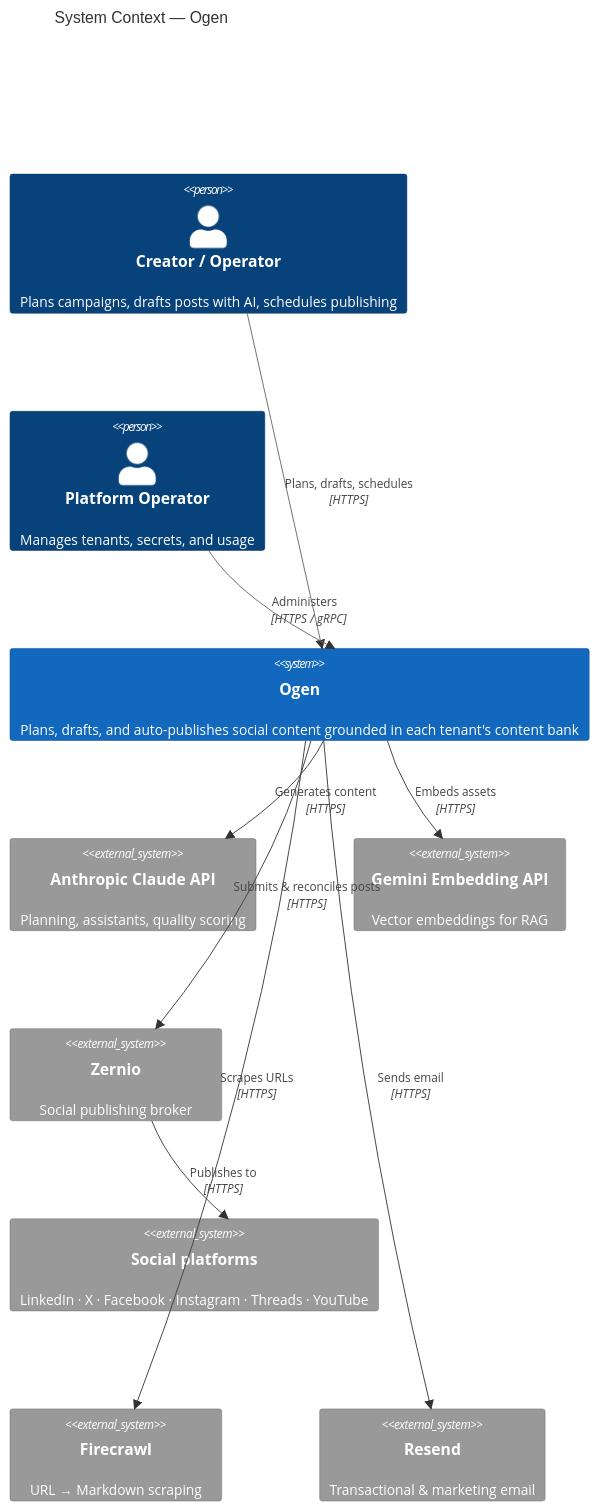
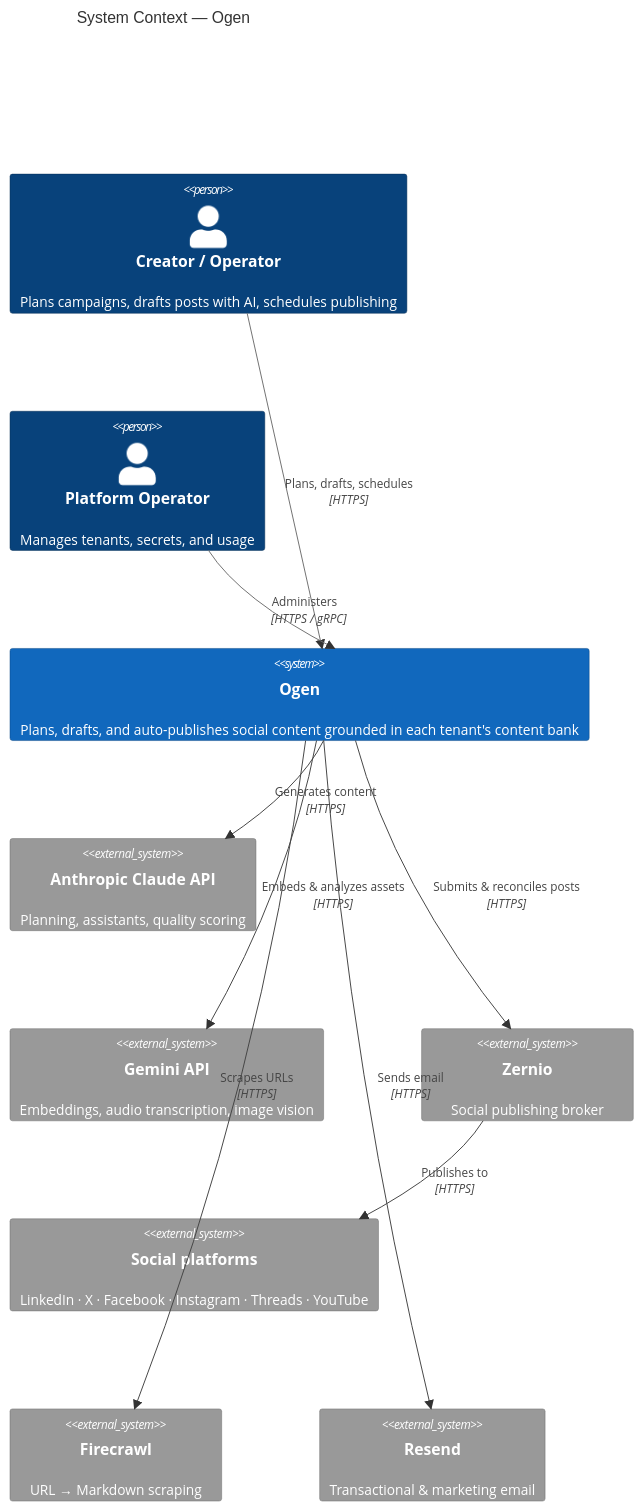
One commit to ogen-app/ogen changed the first of 2 diagrams in README.md. Above: the diagram before and after it, drawn with Mermaid. The commit also changed other lines of this file and 2 other files, not shown here.

First line of the commit message:
Refresh README/compose docs for image-service and operator gRPC surface

````diff
--- a/README.md
+++ b/README.md
@@ -50,39 +50,39 @@
 ```mermaid
 C4Context
     title System Context — Ogen
 
     Person(creator, "Creator / Operator", "Plans campaigns, drafts posts with AI, schedules publishing")
     Person(admin, "Platform Operator", "Manages tenants, secrets, and usage")
 
     System(ogen, "Ogen", "Plans, drafts, and auto-publishes social content grounded in each tenant's content bank")
 
     System_Ext(anthropic, "Anthropic Claude API", "Planning, assistants, quality scoring")
-    System_Ext(gemini, "Gemini Embedding API", "Vector embeddings for RAG")
+    System_Ext(gemini, "Gemini API", "Embeddings, audio transcription, image vision")
     System_Ext(zernio, "Zernio", "Social publishing broker")
     System_Ext(social, "Social platforms", "LinkedIn · X · Facebook · Instagram · Threads · YouTube")
     System_Ext(firecrawl, "Firecrawl", "URL → Markdown scraping")
     System_Ext(resend, "Resend", "Transactional & marketing email")
 
     Rel(creator, ogen, "Plans, drafts, schedules", "HTTPS")
     Rel(admin, ogen, "Administers", "HTTPS / gRPC")
     Rel(ogen, anthropic, "Generates content", "HTTPS")
-    Rel(ogen, gemini, "Embeds assets", "HTTPS")
+    Rel(ogen, gemini, "Embeds & analyzes assets", "HTTPS")
     Rel(ogen, zernio, "Submits & reconciles posts", "HTTPS")
     Rel(zernio, social, "Publishes to", "HTTPS")
     Rel(ogen, firecrawl, "Scrapes URLs", "HTTPS")
     Rel(ogen, resend, "Sends email", "HTTPS")
 
     UpdateElementStyle(creator, $bgColor="#08427b", $fontColor="#ffffff", $borderColor="#052e56")
     UpdateElementStyle(admin, $bgColor="#08427b", $fontColor="#ffffff", $borderColor="#052e56")
     UpdateElementStyle(ogen, $bgColor="#1168bd", $fontColor="#ffffff", $borderColor="#0b4884")
     UpdateElementStyle(anthropic, $bgColor="#999999", $fontColor="#ffffff", $borderColor="#6b6b6b")
     UpdateElementStyle(gemini, $bgColor="#999999", $fontColor="#ffffff", $borderColor="#6b6b6b")
     UpdateElementStyle(zernio, $bgColor="#999999", $fontColor="#ffffff", $borderColor="#6b6b6b")
     UpdateElementStyle(social, $bgColor="#999999", $fontColor="#ffffff", $borderColor="#6b6b6b")
     UpdateElementStyle(firecrawl, $bgColor="#999999", $fontColor="#ffffff", $borderColor="#6b6b6b")
     UpdateElementStyle(resend, $bgColor="#999999", $fontColor="#ffffff", $borderColor="#6b6b6b")
     UpdateRelStyle(creator, ogen, $textColor="#444444", $lineColor="#707070")
     UpdateRelStyle(admin, ogen, $textColor="#444444", $lineColor="#707070")
 
     UpdateLayoutConfig($c4ShapeInRow="3", $c4BoundaryInRow="1")
 ```
````
